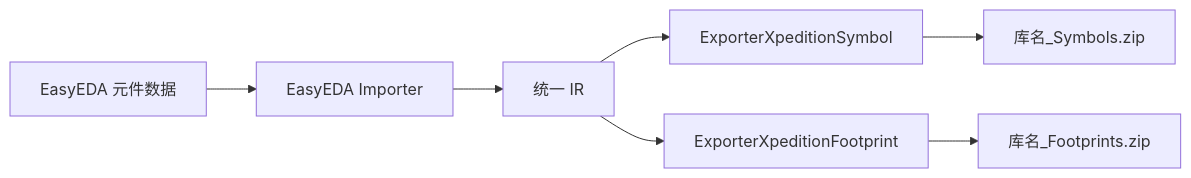
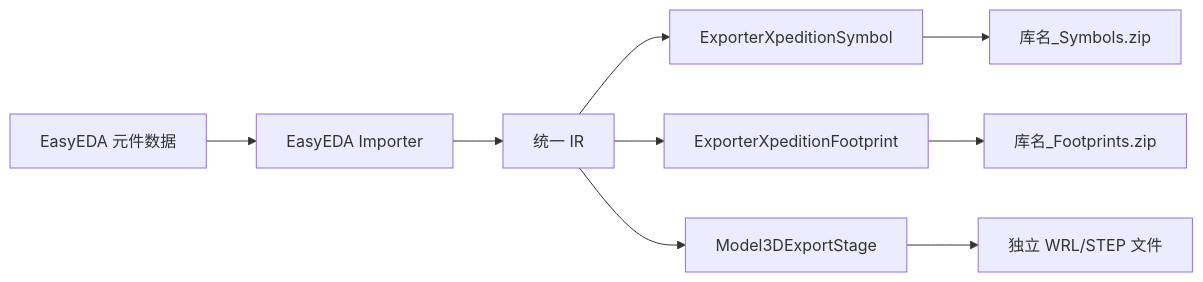
One commit to EasyKiconverter/EasyKiConverter changed the diagram in docs/developer/XPEDITION_EXPORT.md. Above: the diagram before and after it, drawn with Mermaid. The commit also changed other lines of this file and 10 other files, not shown here.

````diff
--- a/docs/developer/XPEDITION_EXPORT.md
+++ b/docs/developer/XPEDITION_EXPORT.md
@@ -19,9 +19,11 @@
 ```mermaid
 flowchart LR
     EasyEDA[EasyEDA 元件数据] --> Importer[EasyEDA Importer]
     Importer --> IR[统一 IR]
     IR --> Symbol[ExporterXpeditionSymbol]
     IR --> Footprint[ExporterXpeditionFootprint]
+    IR --> Model3D[Model3DExportStage]
     Symbol --> SymbolZip[库名_Symbols.zip]
     Footprint --> FootprintZip[库名_Footprints.zip]
+    Model3D --> Models[独立 WRL/STEP 文件]
 ```
````
